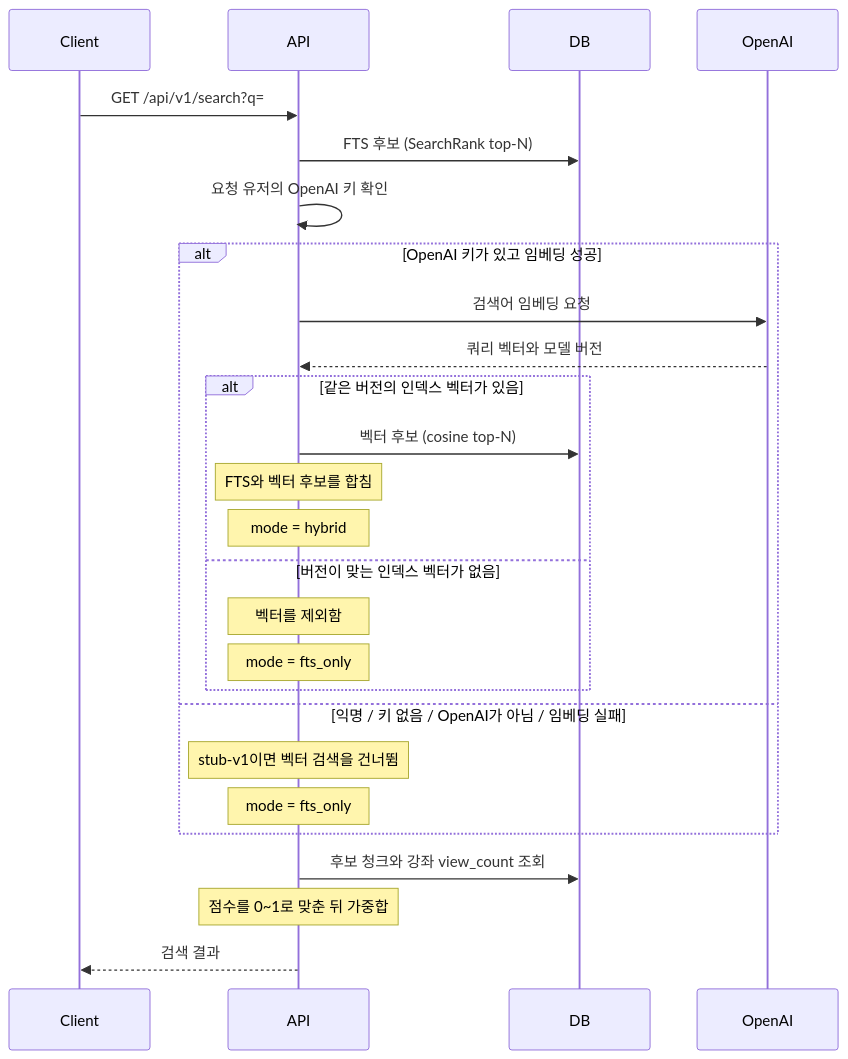
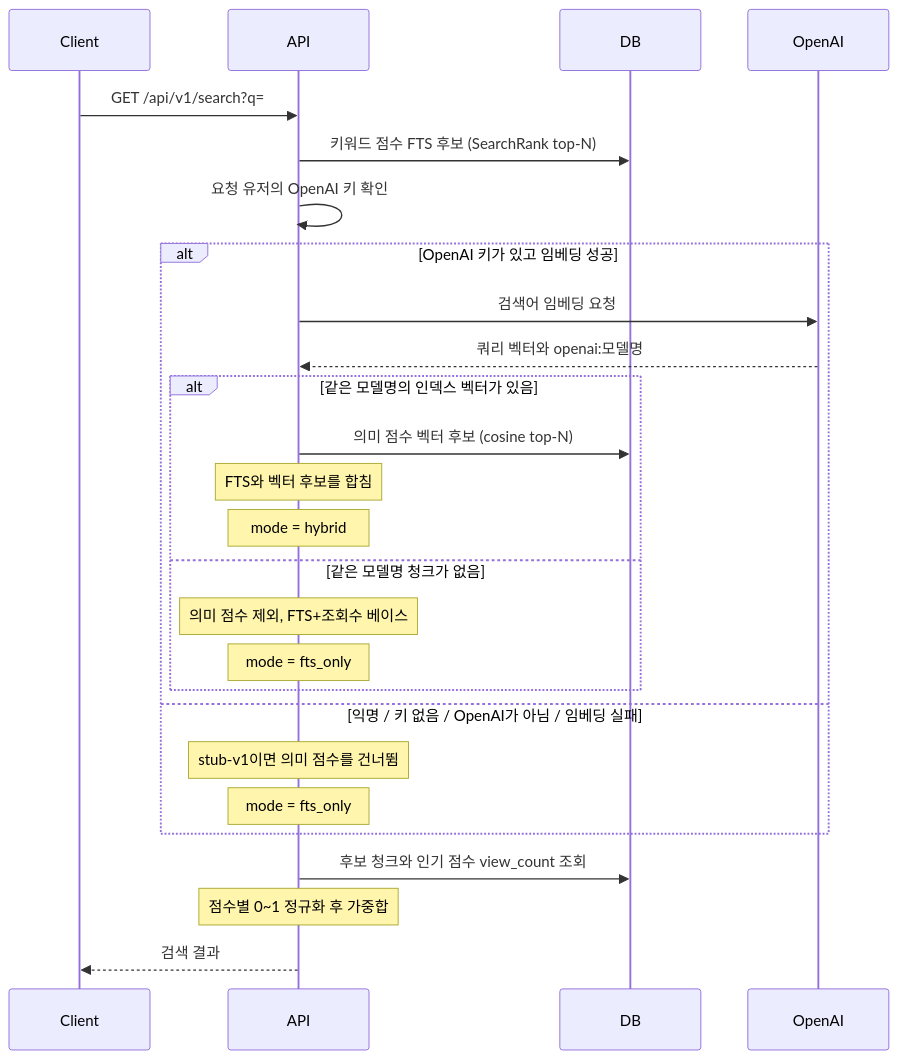
One commit to DSeung001/dseung001.github.io changed the sixth of 7 diagrams in content/posts/2026/08/07/class-s-hybrid-search/index.md. Above: the diagram before and after it, drawn with Mermaid. The commit also changed other lines of this file, not shown here.

````diff
--- a/content/posts/2026/08/07/class-s-hybrid-search/index.md
+++ b/content/posts/2026/08/07/class-s-hybrid-search/index.md
@@ -425,29 +442,29 @@
 ```mermaid
 sequenceDiagram
   participant Client
   participant API
   participant DB
   participant OpenAI
 
   Client->>API: GET /api/v1/search?q=
-  API->>DB: FTS 후보 (SearchRank top-N)
+  API->>DB: 키워드 점수 FTS 후보 (SearchRank top-N)
   API->>API: 요청 유저의 OpenAI 키 확인
   alt OpenAI 키가 있고 임베딩 성공
     API->>OpenAI: 검색어 임베딩 요청
-    OpenAI-->>API: 쿼리 벡터와 모델 버전
-    alt 같은 버전의 인덱스 벡터가 있음
-      API->>DB: 벡터 후보 (cosine top-N)
+    OpenAI-->>API: 쿼리 벡터와 openai:모델명
+    alt 같은 모델명의 인덱스 벡터가 있음
+      API->>DB: 의미 점수 벡터 후보 (cosine top-N)
       Note over API: FTS와 벡터 후보를 합침
       Note over API: mode = hybrid
-    else 버전이 맞는 인덱스 벡터가 없음
-      Note over API: 벡터를 제외함
+    else 같은 모델명 청크가 없음
+      Note over API: 의미 점수 제외, FTS+조회수 베이스
       Note over API: mode = fts_only
     end
   else 익명 / 키 없음 / OpenAI가 아님 / 임베딩 실패
-    Note over API: stub-v1이면 벡터 검색을 건너뜀
+    Note over API: stub-v1이면 의미 점수를 건너뜀
     Note over API: mode = fts_only
   end
-  API->>DB: 후보 청크와 강좌 view_count 조회
-  Note over API: 점수를 0~1로 맞춘 뒤 가중합
+  API->>DB: 후보 청크와 인기 점수 view_count 조회
+  Note over API: 점수별 0~1 정규화 후 가중합
   API-->>Client: 검색 결과
 ```
````
